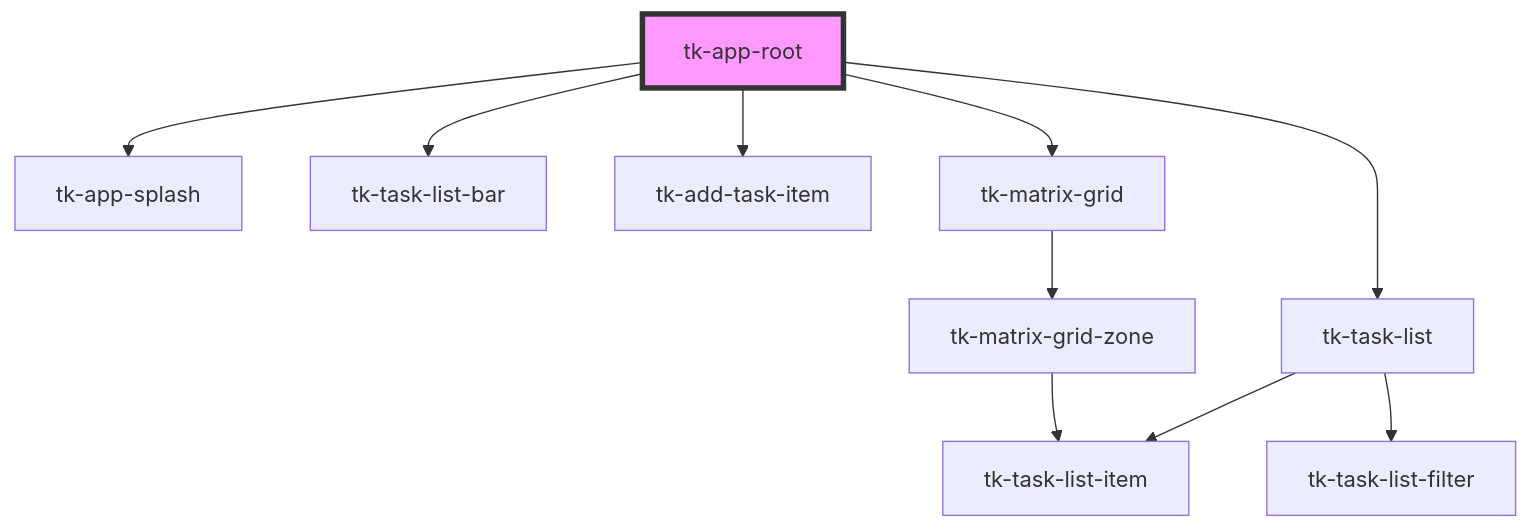
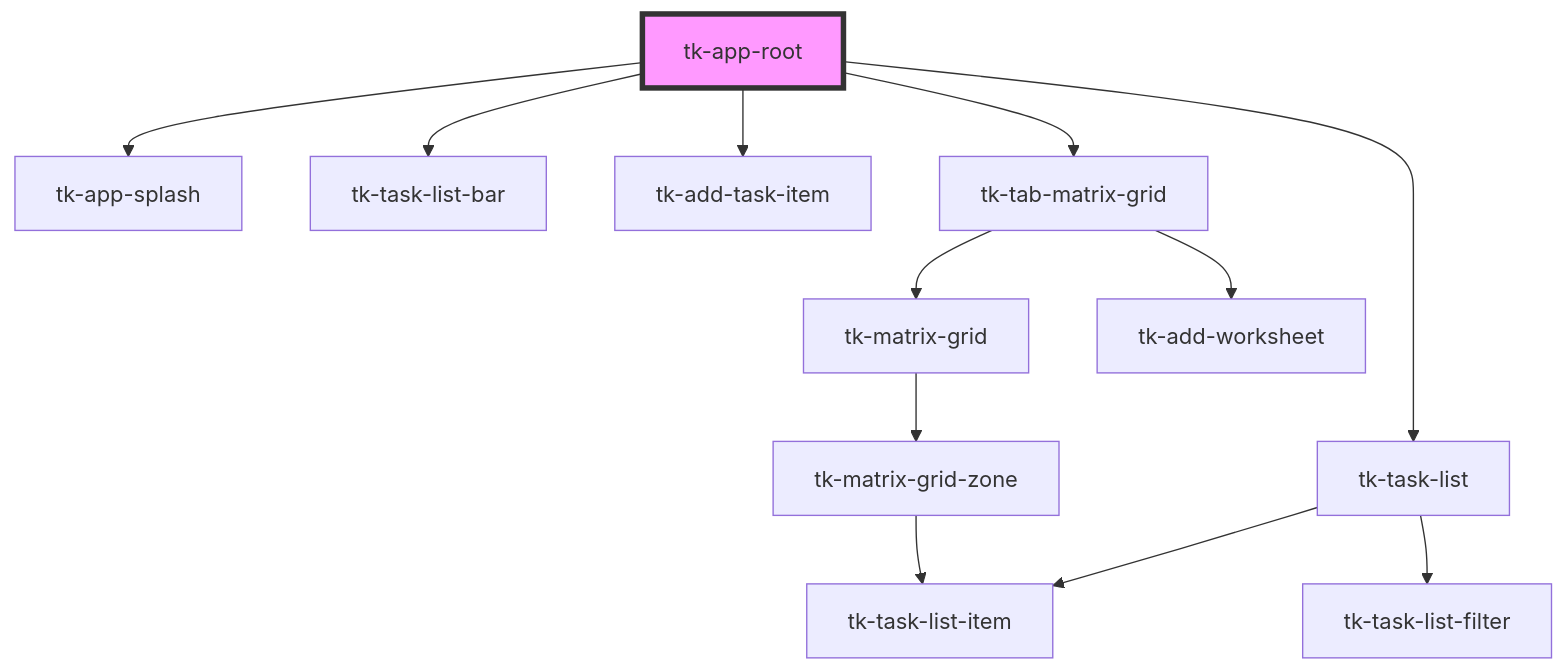
One commit to tomokat/tk-time-management-matrix-app changed the diagram in client-app/src/components/app/tk-app-root/readme.md. Above: the diagram before and after it, drawn with Mermaid. The commit also changed other lines of this file and 32 other files, not shown here.

Commit message:
add tab to manage multiple grid

````diff
--- a/client-app/src/components/app/tk-app-root/readme.md
+++ b/client-app/src/components/app/tk-app-root/readme.md
@@ -19,13 +19,15 @@
 ```mermaid
 graph TD;
   tk-app-root --> tk-app-splash
   tk-app-root --> tk-task-list-bar
   tk-app-root --> tk-add-task-item
   tk-app-root --> tk-task-list
-  tk-app-root --> tk-matrix-grid
+  tk-app-root --> tk-tab-matrix-grid
   tk-task-list --> tk-task-list-item
   tk-task-list --> tk-task-list-filter
+  tk-tab-matrix-grid --> tk-matrix-grid
+  tk-tab-matrix-grid --> tk-add-worksheet
   tk-matrix-grid --> tk-matrix-grid-zone
   tk-matrix-grid-zone --> tk-task-list-item
   style tk-app-root fill:#f9f,stroke:#333,stroke-width:4px
 ```
````
